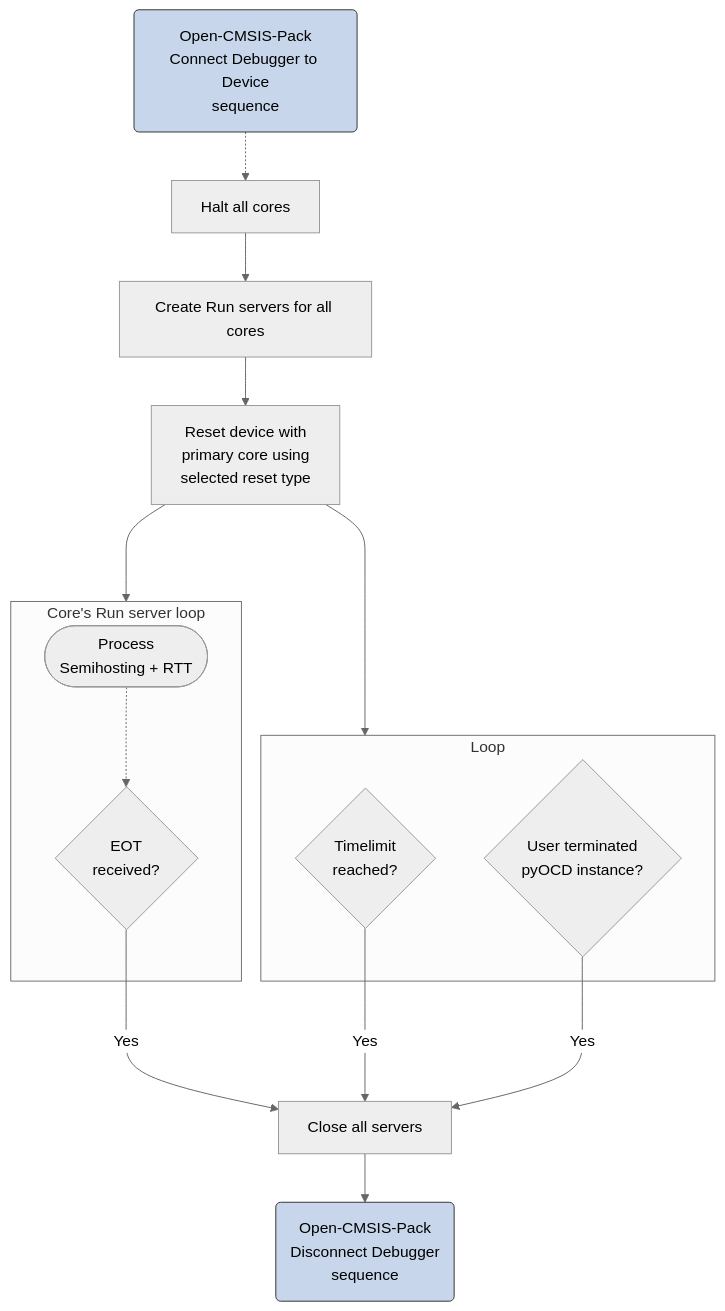
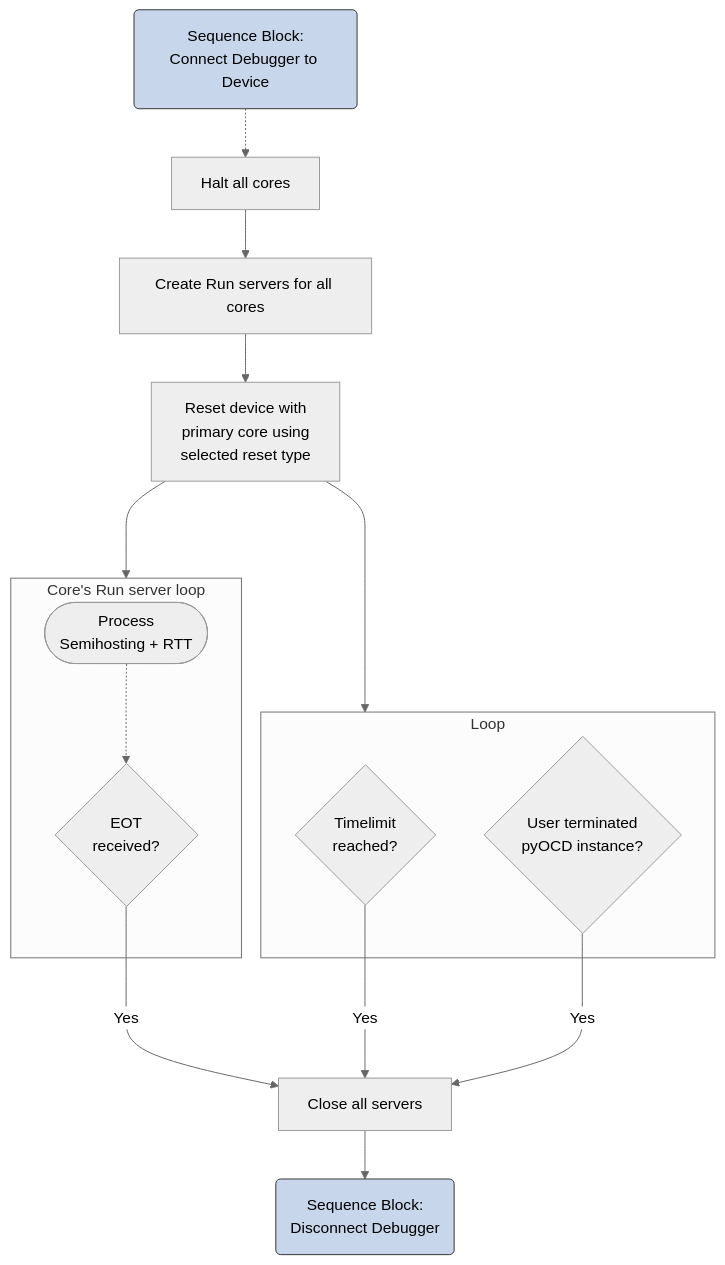
One commit to Open-CMSIS-Pack/cmsis-toolbox changed the fourth of 4 diagrams in docs/pyOCD-Debugger.md. Above: the diagram before and after it, drawn with Mermaid (neutral theme). The commit also changed other lines of this file and 11 other files, not shown here.

````diff
--- a/docs/pyOCD-Debugger.md
+++ b/docs/pyOCD-Debugger.md
@@ -660,27 +787,27 @@
 ```mermaid
 flowchart TD
   classDef seq fill:#c7d6ea,stroke:#333;
 
-  B0(Open-CMSIS-Pack<br>Connect Debugger to Device<br>sequence):::seq
+  B0(Sequence Block:<br>Connect Debugger to Device):::seq
   click B0 "https://open-cmsis-pack.github.io/Open-CMSIS-Pack-Spec/main/html/debug_description.html#usage_of_sequences"
   B0 -.-> B1
   B1[Halt all cores] --> B2
   B2[Create Run servers for all cores] --> B3
   B3[Reset device with<br>primary core using<br>selected reset type]
   B3 ---> runserver
   subgraph runserver[Core's Run server loop]
     B4([Process<br>Semihosting + RTT]) -.-> B6
     B6{EOT<br>received?}
   end
   B3 --> loop
   subgraph loop[Loop]
     B7{Timelimit<br>reached?}
     B8{User terminated<br>pyOCD instance?}
   end
   B6 -- Yes ---> B9
   B7 -- Yes ---> B9
   B8 -- Yes ---> B9
   B9[Close all servers] --> B10
-  B10(Open-CMSIS-Pack<br>Disconnect Debugger<br>sequence):::seq
+  B10(Sequence Block:<br>Disconnect Debugger):::seq
   click B10 "https://open-cmsis-pack.github.io/Open-CMSIS-Pack-Spec/main/html/debug_description.html#usage_of_sequences"
 ```
````
